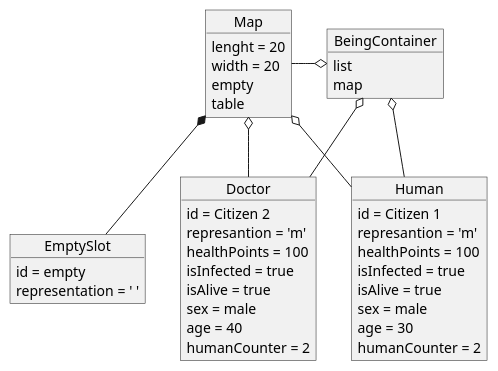
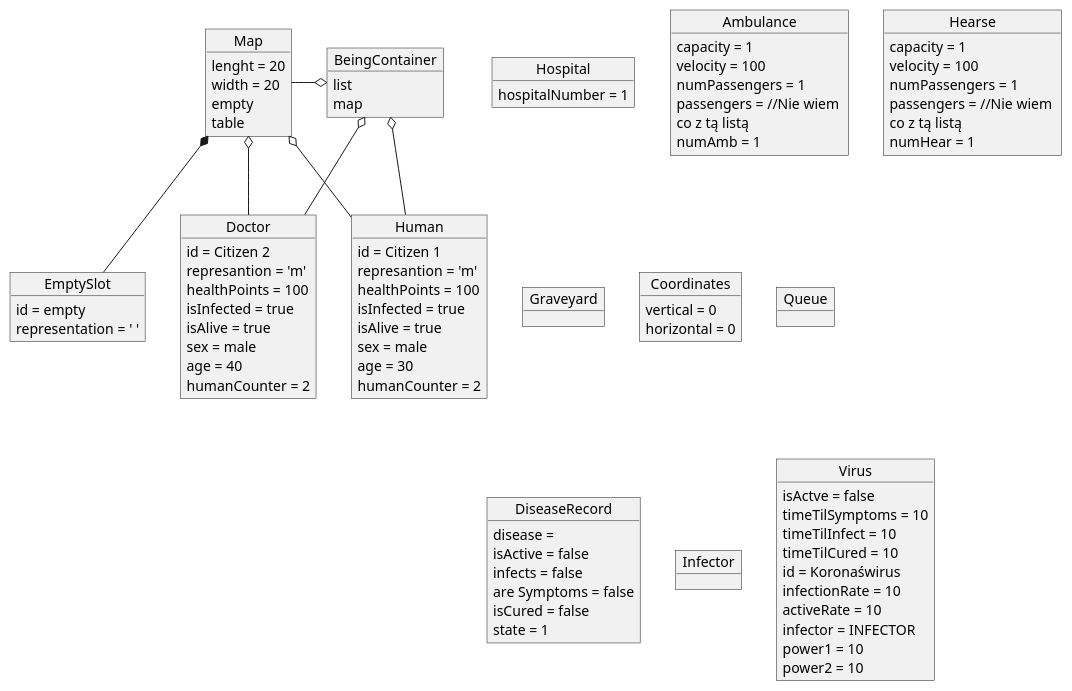
One commit to karolWazny/plague-repo changed the diagram in dokumentacja/Object_diagram/Object_diagram.plantuml. Above: the diagram before and after it, drawn with PlantUML. The commit also changed 1 other file, not shown here.

```diff
--- a/dokumentacja/Object_diagram/Object_diagram.plantuml
+++ b/dokumentacja/Object_diagram/Object_diagram.plantuml
@@ -1,44 +1,94 @@
-@startuml
+@startuml Object diagram
 object BeingContainer{
     list
     map
 }
 object Map{
     lenght = 20
     width = 20
     empty 
     table
 } 
 object Human{
     id = Citizen 1
     represantion = 'm'
     healthPoints = 100
     isInfected = true
     isAlive = true
     sex = male 
     age = 30 
     humanCounter = 2
 }
 object Doctor{
     id = Citizen 2
     represantion = 'm'
     healthPoints = 100
     isInfected = true
     isAlive = true
     sex = male 
     age = 40 
     humanCounter = 2
 }
 object EmptySlot{
     id = empty
     representation = ' '
 }
+object Hospital{
+    hospitalNumber = 1
+}
+object Ambulance{
+    capacity = 1
+    velocity = 100
+    numPassengers = 1
+    passengers = //Nie wiem \nco z tą listą 
+    numAmb = 1
+}
+object Hearse{
+    capacity = 1
+    velocity = 100
+    numPassengers = 1
+    passengers = //Nie wiem \nco z tą listą
+    numHear = 1
+}
+object Graveyard{
+    
+}
+object Coordinates{
+    vertical = 0
+    horizontal = 0
+}
+object Queue{
+
+}
+object DiseaseRecord{
+    disease = 
+    isActive = false 
+    infects = false 
+    are Symptoms = false 
+    isCured = false 
+    state = 1
+}
+object Infector{
+    
+}
+object Virus{
+    isActve = false
+    timeTilSymptoms = 10
+    timeTilInfect = 10
+    timeTilCured = 10
+    id = Koronaświrus
+    infectionRate = 10
+    activeRate = 10
+    infector = INFECTOR 
+    power1 = 10
+    power2 = 10
+}
 
 Map -o BeingContainer 
 Map *-- EmptySlot
 Map o-- Human
 BeingContainer o-- Human
 Map o-- Doctor
 BeingContainer o-- Doctor
 
 @enduml 
```
